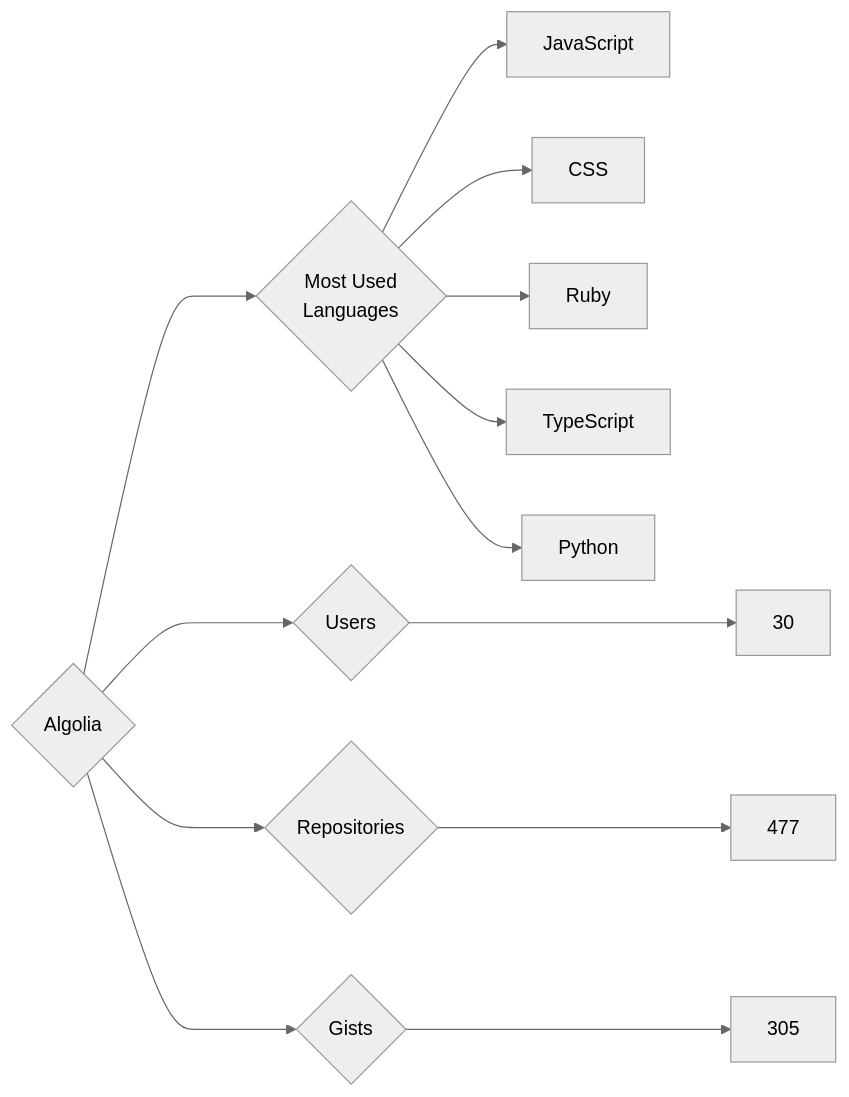
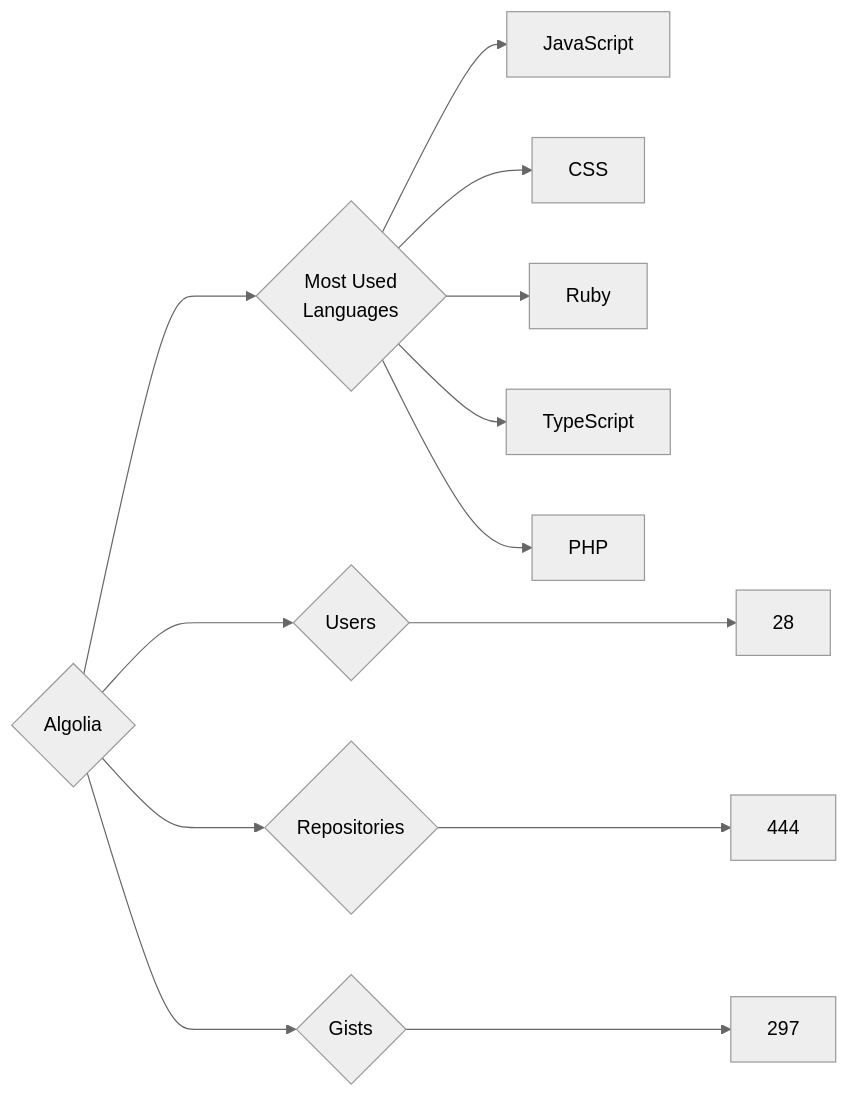
The diagram in targets/Algolia/README.md (trickest/insiders), drawn with Mermaid (neutral theme) before and after one commit. The commit also changed 681 other files, not shown here.

````diff
--- a/targets/Algolia/README.md
+++ b/targets/Algolia/README.md
@@ -3,13 +3,13 @@
 ```mermaid
 graph LR
 COMPANY_NAME{Algolia}
-COMPANY_NAME ---> U{Users} ---> UN[30]
-COMPANY_NAME ---> R{Repositories} ---> RN[477]
-COMPANY_NAME ---> G{Gists} ---> GN[305]
+COMPANY_NAME ---> U{Users} ---> UN[28]
+COMPANY_NAME ---> R{Repositories} ---> RN[444]
+COMPANY_NAME ---> G{Gists} ---> GN[297]
 COMPANY_NAME ---> ML{Most Used<br>Languages}
 ML --> JavaScript[JavaScript]
 ML --> CSS[CSS]
 ML --> Ruby[Ruby]
 ML --> TypeScript[TypeScript]
-ML --> Python[Python]
+ML --> PHP[PHP]
 ```
````
